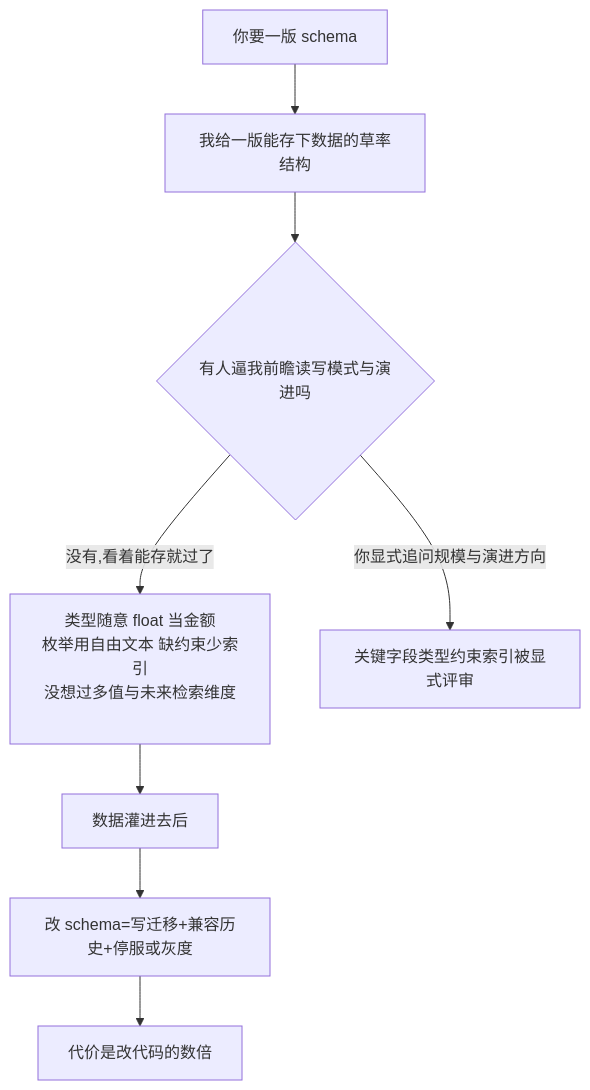
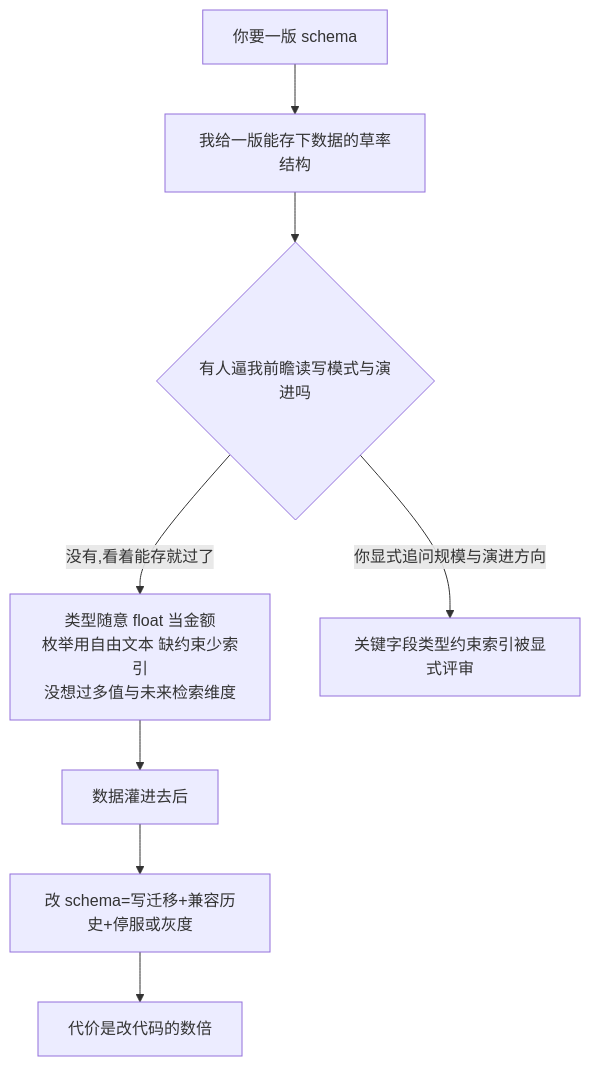
Before and after one commit to XuebinMa/AIWiki: the diagram in docs/03-architecture/schema-design-sloppy.mdx, drawn with Mermaid. The commit also changed 99 other files, not shown here.

First line of the commit message:
fix(mermaid): 全局根治节点文字裁切（htmlLabels:false + 清理 br/nbsp 占位）(#26)

````diff
--- a/docs/03-architecture/schema-design-sloppy.mdx
+++ b/docs/03-architecture/schema-design-sloppy.mdx
@@ -43,10 +43,10 @@
 ```mermaid
 flowchart TD
     A[你要一版 schema] --> B[我给一版能存下数据的草率结构]
     B --> C{有人逼我前瞻读写模式与演进吗}
-    C -->|没有,看着能存就过了| D["类型随意 float 当金额<br/>枚举用自由文本 缺约束少索引<br/>没想过多值与未来检索维度<br/>&nbsp;"]
+    C -->|没有,看着能存就过了| D["类型随意 float 当金额<br/>枚举用自由文本 缺约束少索引<br/>没想过多值与未来检索维度"]
     C -->|你显式追问规模与演进方向| E[关键字段类型约束索引被显式评审]
     D --> F[数据灌进去后]
     F --> G[改 schema=写迁移+兼容历史+停服或灰度]
     G --> H[代价是改代码的数倍]
 ```
````
